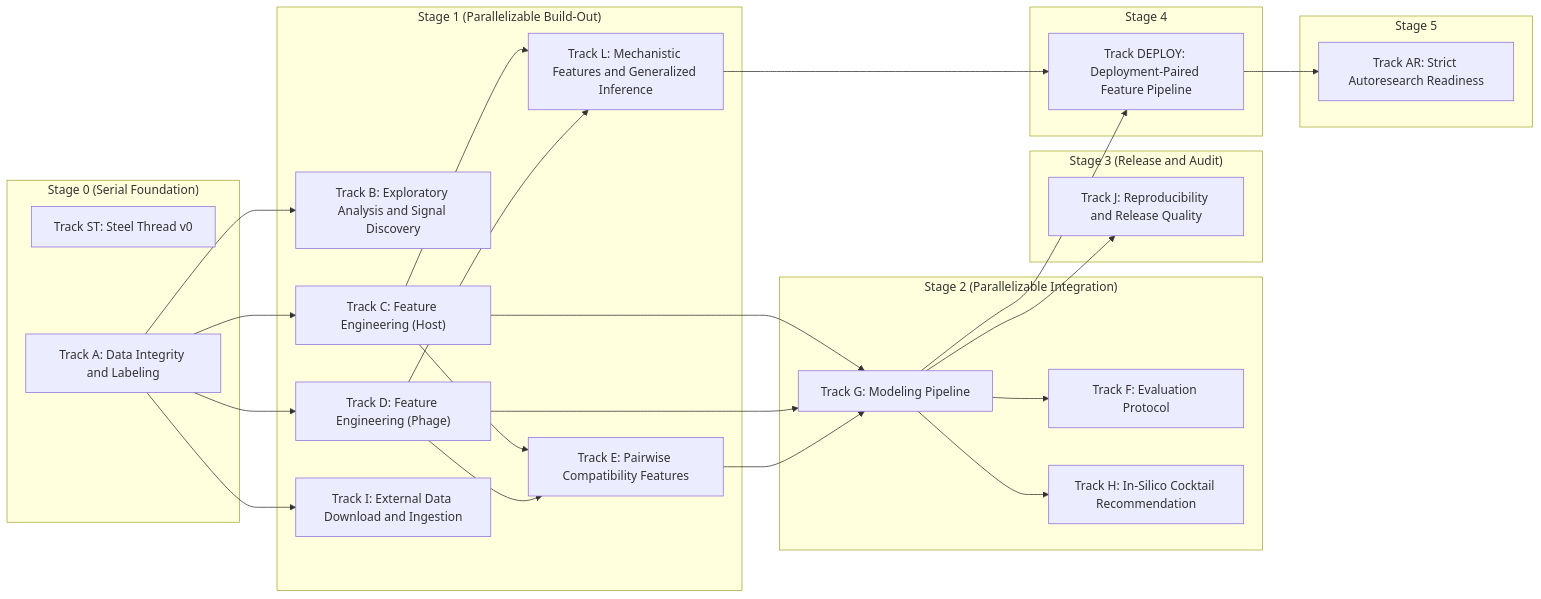
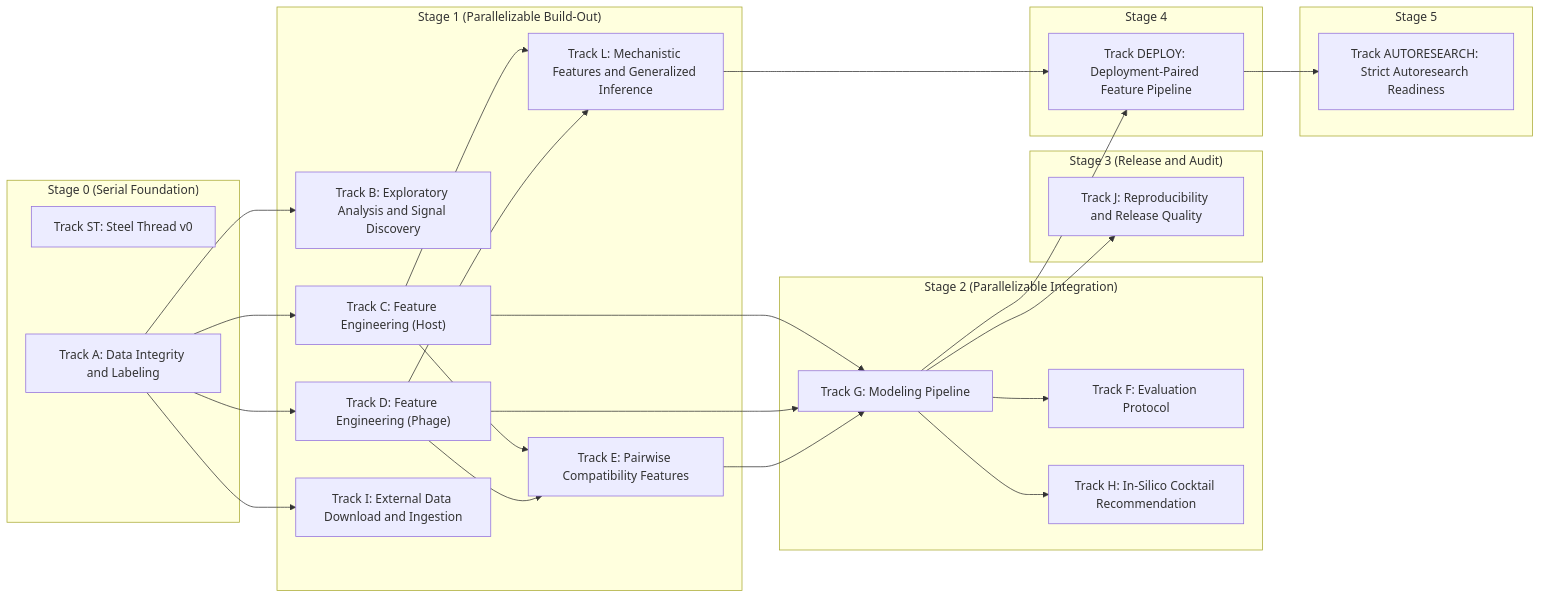
The diagram in lyzortx/research_notes/PLAN.md (LorenaDerezanin/coli_phage_interactions_2023), drawn with Mermaid before and after one commit. The commit also changed other lines of this file and 3 other files, not shown here.

Commit message:
Rename AR track to AUTORESEARCH

````diff
--- a/lyzortx/research_notes/PLAN.md
+++ b/lyzortx/research_notes/PLAN.md
@@ -7,52 +7,52 @@
 ```mermaid
 graph LR
   subgraph s0["Stage 0 (Serial Foundation)"]
     tst["Track ST: Steel Thread v0"]
     ta["Track A: Data Integrity and Labeling"]
   end
 
   subgraph s1["Stage 1 (Parallelizable Build-Out)"]
     tb["Track B: Exploratory Analysis and Signal Discovery"]
     tc["Track C: Feature Engineering (Host)"]
     td["Track D: Feature Engineering (Phage)"]
     te["Track E: Pairwise Compatibility Features"]
     ti["Track I: External Data Download and Ingestion"]
     tl["Track L: Mechanistic Features and Generalized Inference"]
   end
 
   subgraph s2["Stage 2 (Parallelizable Integration)"]
     tf["Track F: Evaluation Protocol"]
     tg["Track G: Modeling Pipeline"]
     th["Track H: In-Silico Cocktail Recommendation"]
   end
 
   subgraph s3["Stage 3 (Release and Audit)"]
     tj["Track J: Reproducibility and Release Quality"]
   end
 
   subgraph s4["Stage 4"]
     tdeploy["Track DEPLOY: Deployment-Paired Feature Pipeline"]
   end
 
   subgraph s5["Stage 5"]
-    tar["Track AR: Strict Autoresearch Readiness"]
+    tautoresearch["Track AUTORESEARCH: Strict Autoresearch Readiness"]
   end
 
   ta --> tb
   ta --> tc
   ta --> td
   tc --> te
   td --> te
   tg --> tf
   tc --> tg
   td --> tg
   te --> tg
   tg --> th
   ta --> ti
   tc --> tl
   td --> tl
   tg --> tj
   tl --> tdeploy
   tg --> tdeploy
-  tdeploy --> tar
+  tdeploy --> tautoresearch
 ```
````
